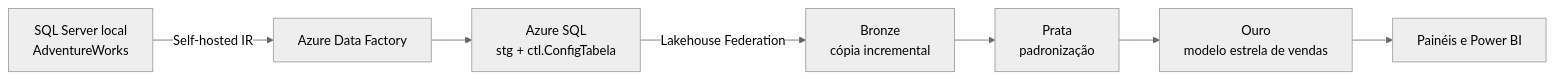
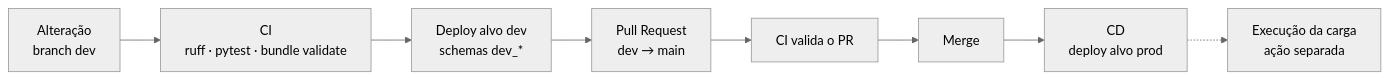
Before and after one commit to AlexAlvesInacio/adventureworks-lakehouse: the third of 3 diagrams in README.md, drawn with Mermaid (neutral theme). The commit also changed other lines of this file and 25 other files, not shown here.

````diff
--- a/README.md
+++ b/README.md
@@ -11,9 +147,10 @@
 ```mermaid
 flowchart LR
-    A["SQL Server local<br/>AdventureWorks"] -->|"Self-hosted IR"| B["Azure Data Factory"]
-    B --> C["Azure SQL<br/>stg + ctl.ConfigTabela"]
-    C -->|"Lakehouse Federation"| D["Bronze<br/>cópia incremental"]
-    D --> E["Prata<br/>padronização"]
-    E --> F["Ouro<br/>modelo estrela de vendas"]
-    F --> G["Painéis e Power BI"]
+    A["Alteração<br/>branch dev"] --> B["CI<br/>ruff · pytest · bundle validate"]
+    B --> C["Deploy alvo dev<br/>schemas dev_*"]
+    C --> D["Pull Request<br/>dev → main"]
+    D --> E["CI valida o PR"]
+    E --> F["Merge"]
+    F --> G["CD<br/>deploy alvo prod"]
+    G -.-> H["Execução da carga<br/>ação separada"]
 ```
````
